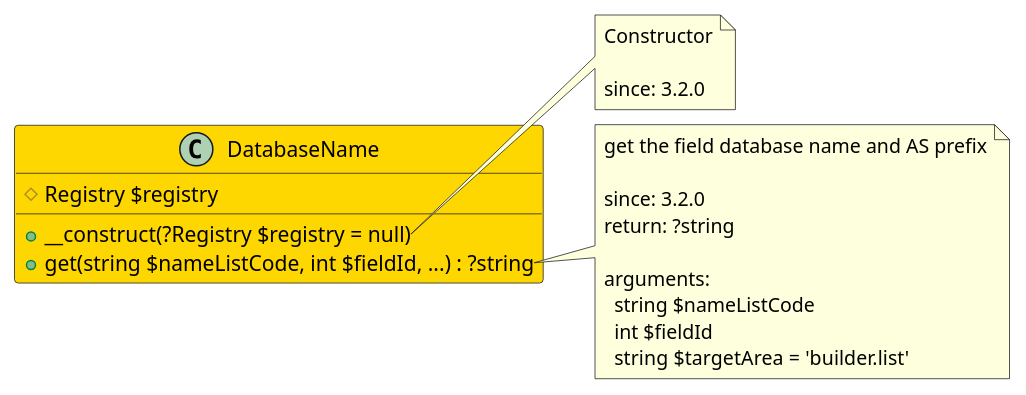
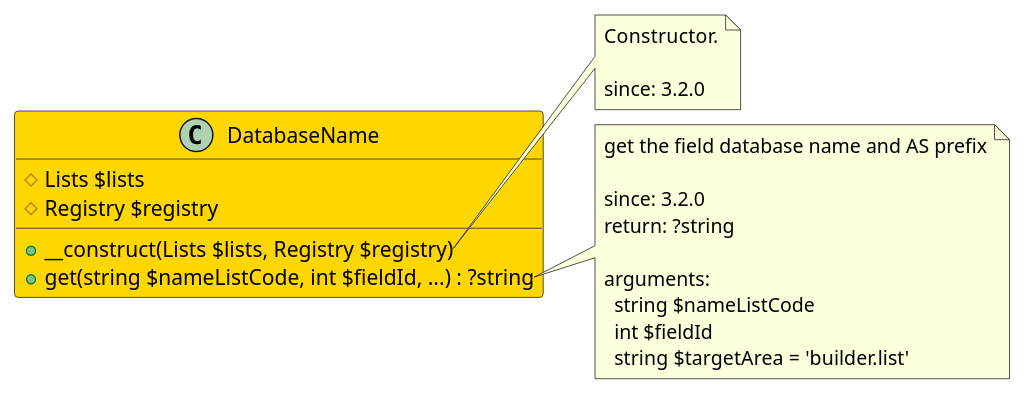
The diagram in src/99368a6f-2f64-4d4e-ad3a-544d4020ecc6/README.md (joomengine/jcb-compiler), drawn with PlantUML before and after one commit. The commit also changed 725 other files, not shown here.

````diff
--- a/src/99368a6f-2f64-4d4e-ad3a-544d4020ecc6/README.md
+++ b/src/99368a6f-2f64-4d4e-ad3a-544d4020ecc6/README.md
@@ -11,28 +11,29 @@
 ```uml
 @startuml
 class DatabaseName  #Gold {
+  # Lists $lists
   # Registry $registry
-  + __construct(?Registry $registry = null)
+  + __construct(Lists $lists, Registry $registry)
   + get(string $nameListCode, int $fieldId, ...) : ?string
 }
 
 note right of DatabaseName::__construct
-  Constructor
+  Constructor.
 
   since: 3.2.0
 end note
 
 note right of DatabaseName::get
   get the field database name and AS prefix
 
   since: 3.2.0
   return: ?string
   
   arguments:
     string $nameListCode
     int $fieldId
     string $targetArea = 'builder.list'
 end note
  
 @enduml
 ```
````
